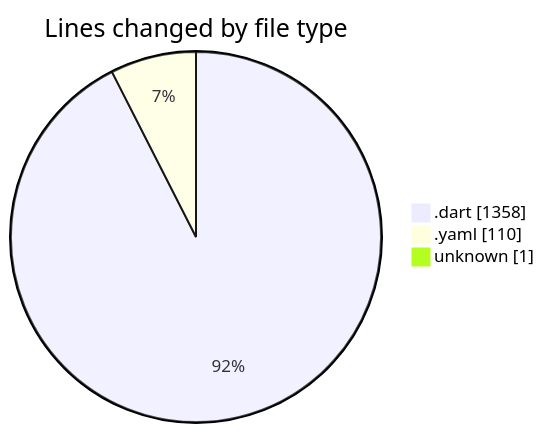
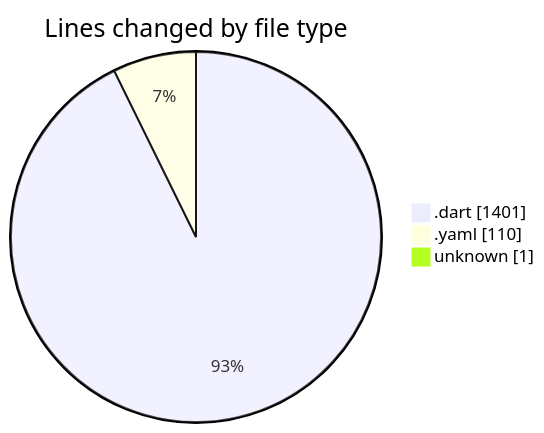
The first of 2 diagrams in 2025-03-08/uber_clone/README.md (donsfak/code-tracking), drawn with Mermaid before and after one commit. The commit also changed other lines of this file and 1 other file, not shown here.

````diff
--- a/2025-03-08/uber_clone/README.md
+++ b/2025-03-08/uber_clone/README.md
@@ -24,7 +24,7 @@
 ```mermaid
 pie showData
 title Lines changed by file type
-".dart" : 1358
+".dart" : 1401
 ".yaml" : 110
 "unknown" : 1
 ```
````
